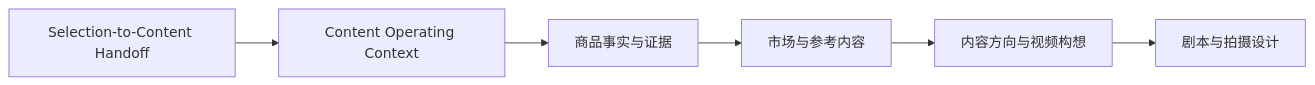
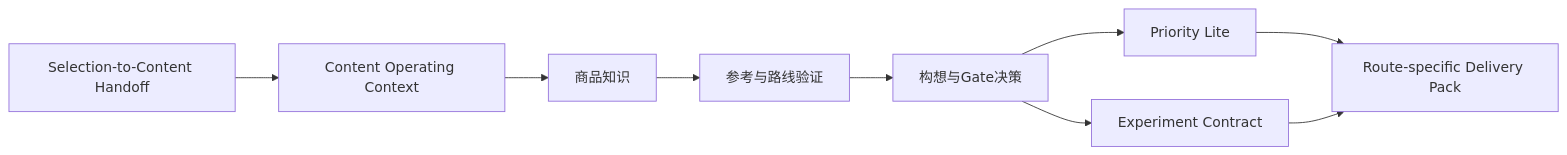
The second of 6 diagrams in 02_DELIVERY_RELEASES.md (SONG-36/TK_Video_Intelligence_Workbench), drawn with Mermaid before and after one commit. The commit also changed other lines of this file and 8 other files, not shown here.

````diff
--- a/02_DELIVERY_RELEASES.md
+++ b/02_DELIVERY_RELEASES.md
@@ -39,11 +39,17 @@
 ```mermaid
 flowchart LR
     H[Selection-to-Content Handoff]
-    COC[Content Operating Context]
-    A[商品事实与证据]
-    B[市场与参考内容]
-    C[内容方向与视频构想]
-    D[剧本与拍摄设计]
+    C[Content Operating Context]
+    K[商品知识]
+    R[参考与路线验证]
+    D[构想与Gate决策]
+    P[Priority Lite]
+    E[Experiment Contract]
+    O[Route-specific Delivery Pack]
 
-    H --> COC --> A --> B --> C --> D
+    H --> C --> K --> R --> D
+    D --> P
+    D --> E
+    P --> O
+    E --> O
 ```
````
